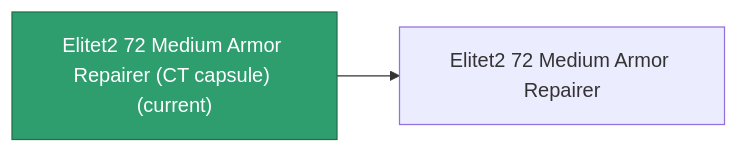
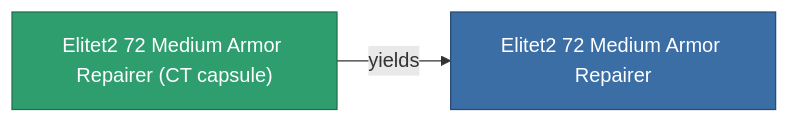
The diagram in content/content/items/elitet2_72_medium_armor_repairer_CT_capsule.md (OpenPerpetuum/Wiki), drawn with Mermaid before and after one commit. The commit also changed other lines of this file and 2015 other files, not shown here.

````diff
--- a/content/content/items/elitet2_72_medium_armor_repairer_CT_capsule.md
+++ b/content/content/items/elitet2_72_medium_armor_repairer_CT_capsule.md
@@ -33,8 +33,9 @@
 ```mermaid
 graph LR
-    a["Elitet2 72 Medium Armor Repairer (CT capsule) (current)"]:::current
-    b["Elitet2 72 Medium Armor Repairer"]
-    a --> b
-    click b "/content/items/elitet2-72-medium-armor-repairer/" "Elitet2 72 Medium Armor Repairer"
+    a["Elitet2 72 Medium Armor Repairer (CT capsule)"]:::current
+    b["Elitet2 72 Medium Armor Repairer"]:::finished
+    a -->|yields| b
+                click b "/content/items/elitet2-72-medium-armor-repairer/" "Elitet2 72 Medium Armor Repairer"
     classDef current fill:#2f9e6f,stroke:#1f6f4a,color:#ffffff
+    classDef finished fill:#3b6ea5,stroke:#274a75,color:#ffffff
 ```
````
